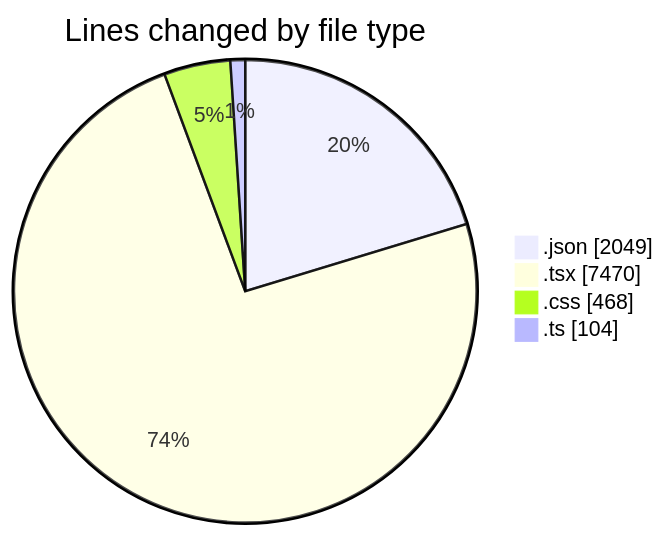
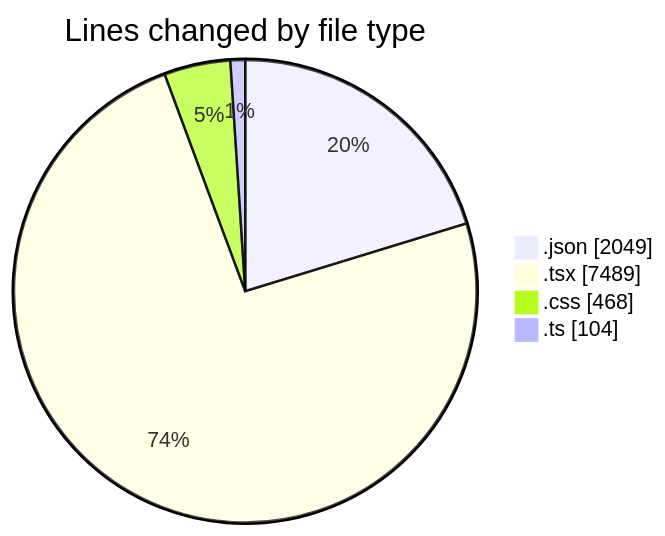
Before and after one commit to EIIisD/code-tracking: the first of 2 diagrams in 2025-08-14/ribbon/README.md, drawn with Mermaid. The commit also changed other lines of this file and 1 other file, not shown here.

````diff
--- a/2025-08-14/ribbon/README.md
+++ b/2025-08-14/ribbon/README.md
@@ -30,8 +30,8 @@
 ```mermaid
 pie showData
 title Lines changed by file type
 ".json" : 2049
-".tsx" : 7470
+".tsx" : 7489
 ".css" : 468
 ".ts" : 104
 ```
````
